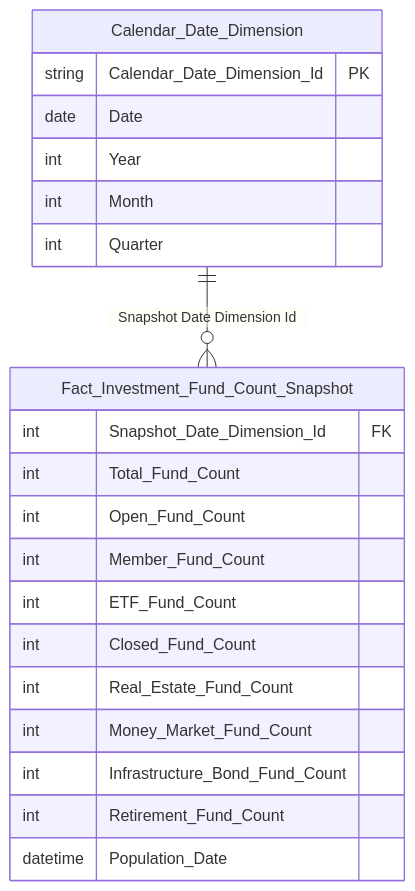
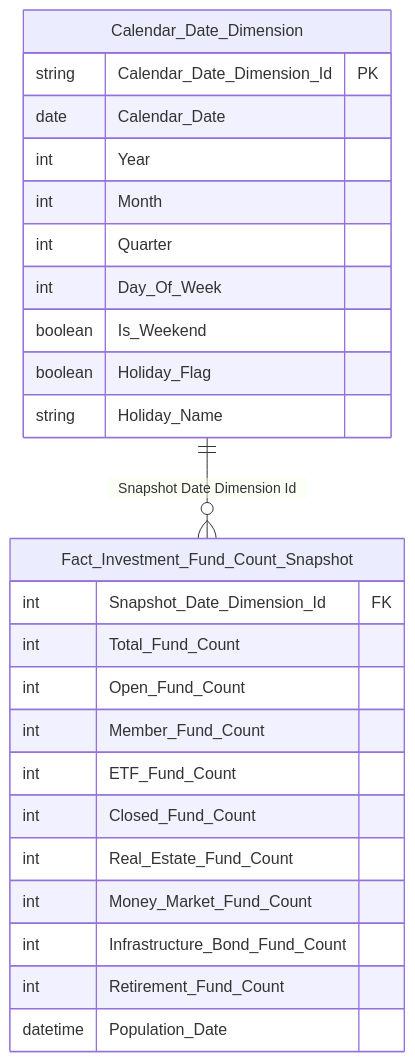
Before and after one commit to linhlvit/ubck_atomic_design: diagram 22 of 37 in Datamart/hld/DTM_FMS_HLD.md, drawn with Mermaid. The commit also changed other lines of this file and 10 other files, not shown here.

````diff
--- a/Datamart/hld/DTM_FMS_HLD.md
+++ b/Datamart/hld/DTM_FMS_HLD.md
@@ -1023,25 +1025,29 @@
 ```mermaid
 erDiagram
     Fact_Investment_Fund_Count_Snapshot {
         int Snapshot_Date_Dimension_Id FK
         int Total_Fund_Count
         int Open_Fund_Count
         int Member_Fund_Count
         int ETF_Fund_Count
         int Closed_Fund_Count
         int Real_Estate_Fund_Count
         int Money_Market_Fund_Count
         int Infrastructure_Bond_Fund_Count
         int Retirement_Fund_Count
         datetime Population_Date
     }
     Calendar_Date_Dimension {
         string Calendar_Date_Dimension_Id PK
-        date Date
+        date Calendar_Date
         int Year
         int Month
         int Quarter
+        int Day_Of_Week
+        boolean Is_Weekend
+        boolean Holiday_Flag
+        string Holiday_Name
     }
 
     Calendar_Date_Dimension ||--o{ Fact_Investment_Fund_Count_Snapshot : "Snapshot Date Dimension Id"
 ```
````
